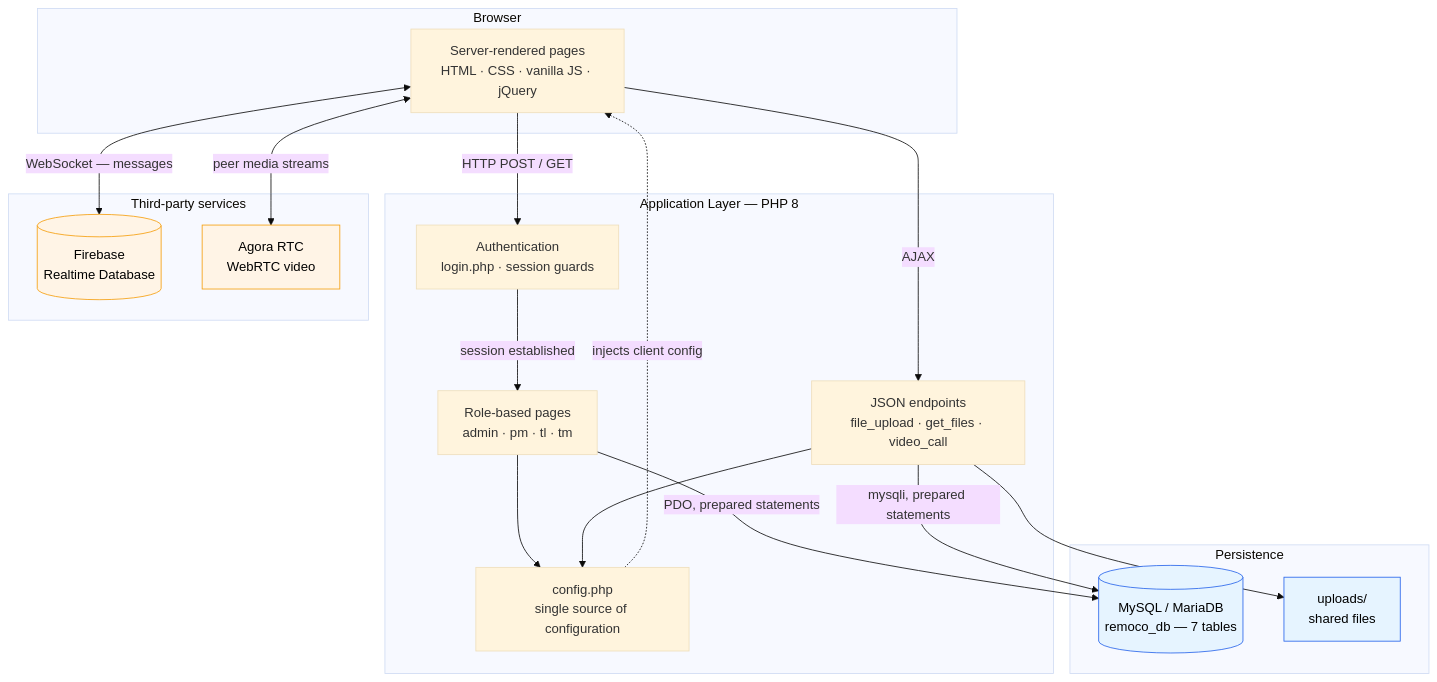
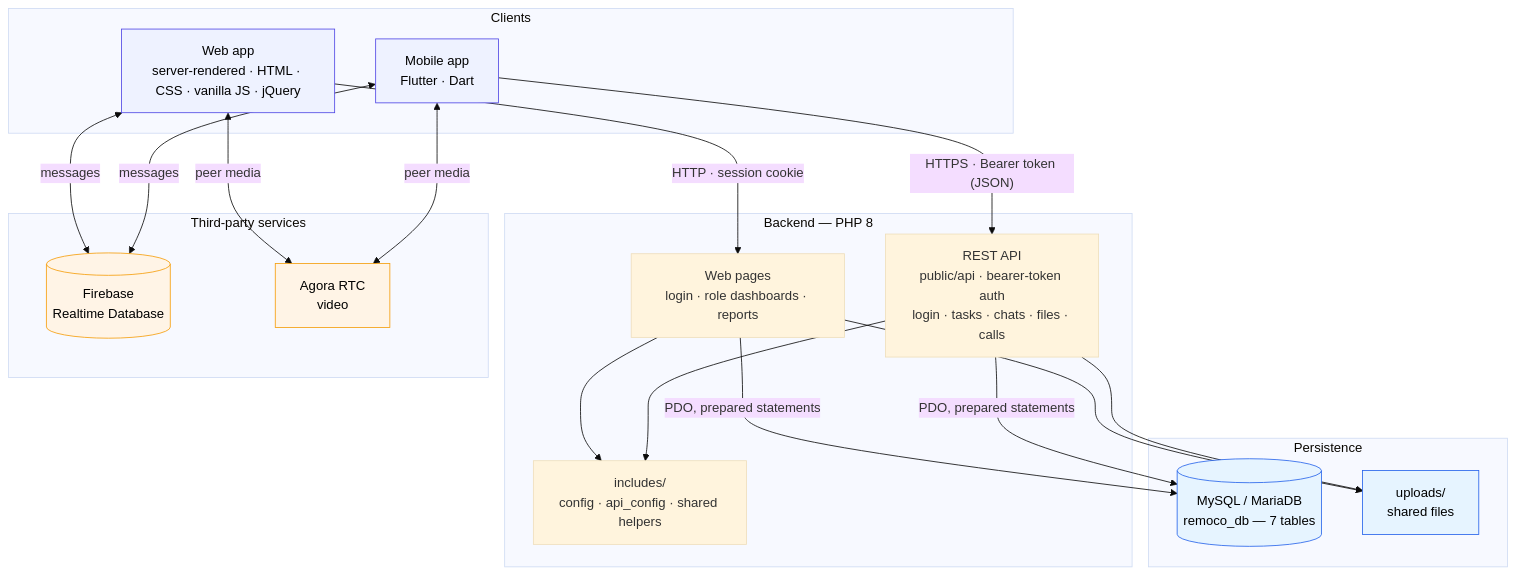
One commit to rao-sarib/remoco changed the first of 2 diagrams in README.md. Above: the diagram before and after it, drawn with Mermaid (base theme). The commit also changed other lines of this file and 2 other files, not shown here.

Commit message:
Update docs for web and mobile platform

````diff
--- a/README.md
+++ b/README.md
@@ -143,40 +156,43 @@
 ```mermaid
 graph TB
-    subgraph Client["Browser"]
-        UI["Server-rendered pages<br/>HTML · CSS · vanilla JS · jQuery"]
+    subgraph Clients["Clients"]
+        WEB["Web app<br/>server-rendered · HTML · CSS · vanilla JS · jQuery"]
+        MOB["Mobile app<br/>Flutter · Dart"]
     end
 
-    subgraph App["Application Layer — PHP 8"]
-        AUTH["Authentication<br/>login.php · session guards"]
-        ROLE["Role-based pages<br/>admin · pm · tl · tm"]
-        API["JSON endpoints<br/>file_upload · get_files · video_call"]
-        CFG["config.php<br/>single source of configuration"]
+    subgraph Backend["Backend — PHP 8"]
+        WPAGES["Web pages<br/>login · role dashboards · reports"]
+        API["REST API<br/>public/api · bearer-token auth<br/>login · tasks · chats · files · calls"]
+        CFG["includes/<br/>config · api_config · shared helpers"]
     end
 
     subgraph Data["Persistence"]
         DB[("MySQL / MariaDB<br/>remoco_db — 7 tables")]
         FS["uploads/<br/>shared files"]
     end
 
     subgraph External["Third-party services"]
         FB[("Firebase<br/>Realtime Database")]
-        AG["Agora RTC<br/>WebRTC video"]
+        AG["Agora RTC<br/>video"]
     end
 
-    UI -->|"HTTP POST / GET"| AUTH
-    AUTH -->|"session established"| ROLE
-    UI -->|"AJAX"| API
-    ROLE --> CFG
+    WEB -->|"HTTP · session cookie"| WPAGES
+    MOB -->|"HTTPS · Bearer token (JSON)"| API
+    WPAGES --> CFG
     API --> CFG
-    ROLE -->|"PDO, prepared statements"| DB
-    API -->|"mysqli, prepared statements"| DB
+    WPAGES -->|"PDO, prepared statements"| DB
+    API -->|"PDO, prepared statements"| DB
+    WPAGES --> FS
     API --> FS
-    UI <-->|"WebSocket — messages"| FB
-    UI <-->|"peer media streams"| AG
-    CFG -.->|"injects client config"| UI
+    WEB <-->|"messages"| FB
+    MOB <-->|"messages"| FB
+    WEB <-->|"peer media"| AG
+    MOB <-->|"peer media"| AG
 
     classDef ext fill:#fff4e6,stroke:#f59e0b,color:#000
     classDef data fill:#e6f4ff,stroke:#2563eb,color:#000
+    classDef client fill:#eef2ff,stroke:#4f46e5,color:#000
     class FB,AG ext
     class DB,FS data
+    class WEB,MOB client
 ```
````
